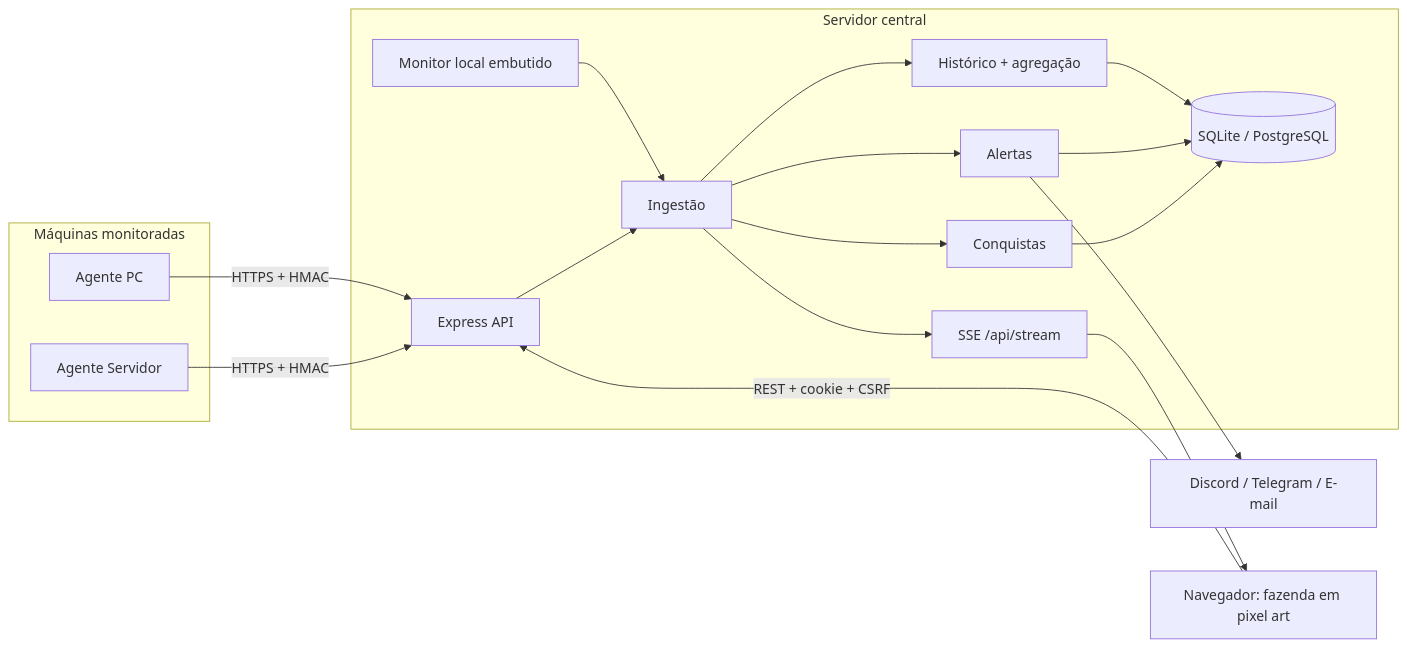
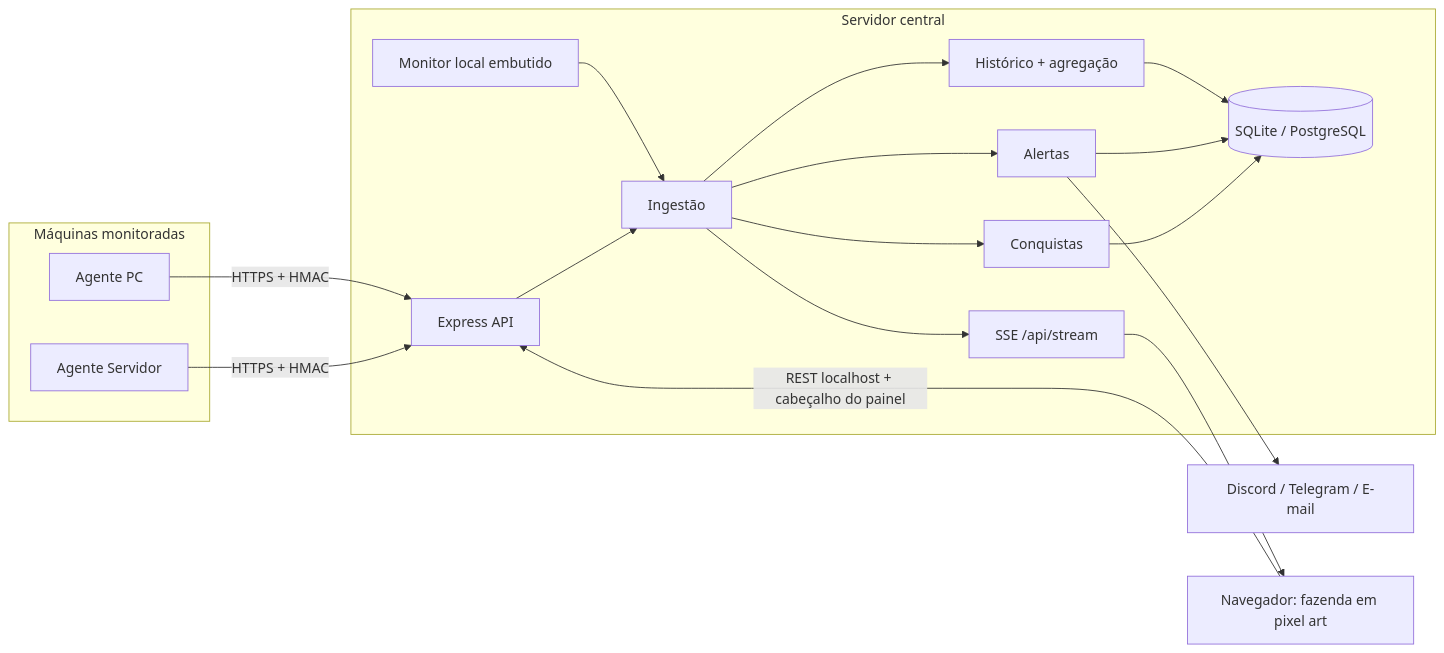
The first of 4 diagrams in docs/diagramas.md (Milkaarz/Stardew-Monitor), drawn with Mermaid before and after one commit. The commit also changed other lines of this file and 63 other files, not shown here.

````diff
--- a/docs/diagramas.md
+++ b/docs/diagramas.md
@@ -5,30 +5,30 @@
 ```mermaid
 flowchart LR
   subgraph Máquinas monitoradas
     A1[Agente PC] 
     A2[Agente Servidor]
   end
   subgraph Servidor central
     L[Monitor local embutido]
     API[Express API]
     I[Ingestão]
     AL[Alertas]
     CQ[Conquistas]
     H[Histórico + agregação]
     SSE[SSE /api/stream]
     DB[(SQLite / PostgreSQL)]
   end
   N[Discord / Telegram / E-mail]
   B[Navegador: fazenda em pixel art]
 
   A1 -- HTTPS + HMAC --> API
   A2 -- HTTPS + HMAC --> API
   L --> I
   API --> I
   I --> H --> DB
   I --> AL --> N
   AL --> DB
   I --> CQ --> DB
   I --> SSE --> B
-  B -- REST + cookie + CSRF --> API
+  B -- REST localhost + cabeçalho do painel --> API
 ```
````
